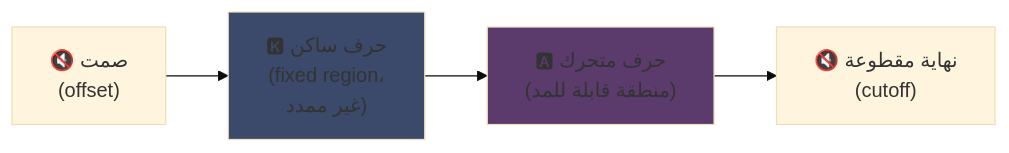
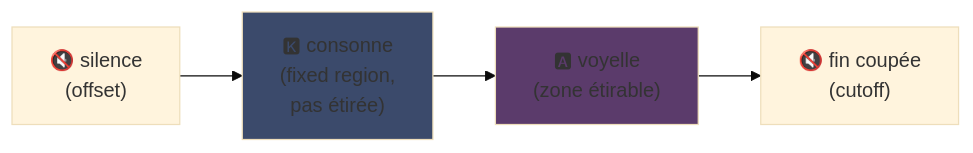
One commit to fox3000foxy/fox3000foxy.github.io changed the first of 2 diagrams in public/articles/ar/utau.md. Above: the diagram before and after it, drawn with Mermaid (base theme). The commit also changed other lines of this file and 576 other files, not shown here.

````diff
--- a/public/articles/ar/utau.md
+++ b/public/articles/ar/utau.md
@@ -81,8 +81,8 @@
 ```mermaid
 flowchart LR
-    A["🔇 صمت<br/>(offset)"] --> B["🅺 حرف ساكن<br/>(fixed region،<br/>غير ممدد)"]
-    B --> C["🅰 حرف متحرك<br/>(منطقة قابلة للمد)"]
-    C --> D["🔇 نهاية مقطوعة<br/>(cutoff)"]
+    A["🔇 silence<br/>(offset)"] --> B["🅺 consonne<br/>(fixed region,<br/>pas étirée)"]
+    B --> C["🅰 voyelle<br/>(zone étirable)"]
+    C --> D["🔇 fin coupée<br/>(cutoff)"]
     style B fill:#3b4a6b
     style C fill:#5b3b6b
 ```
````
